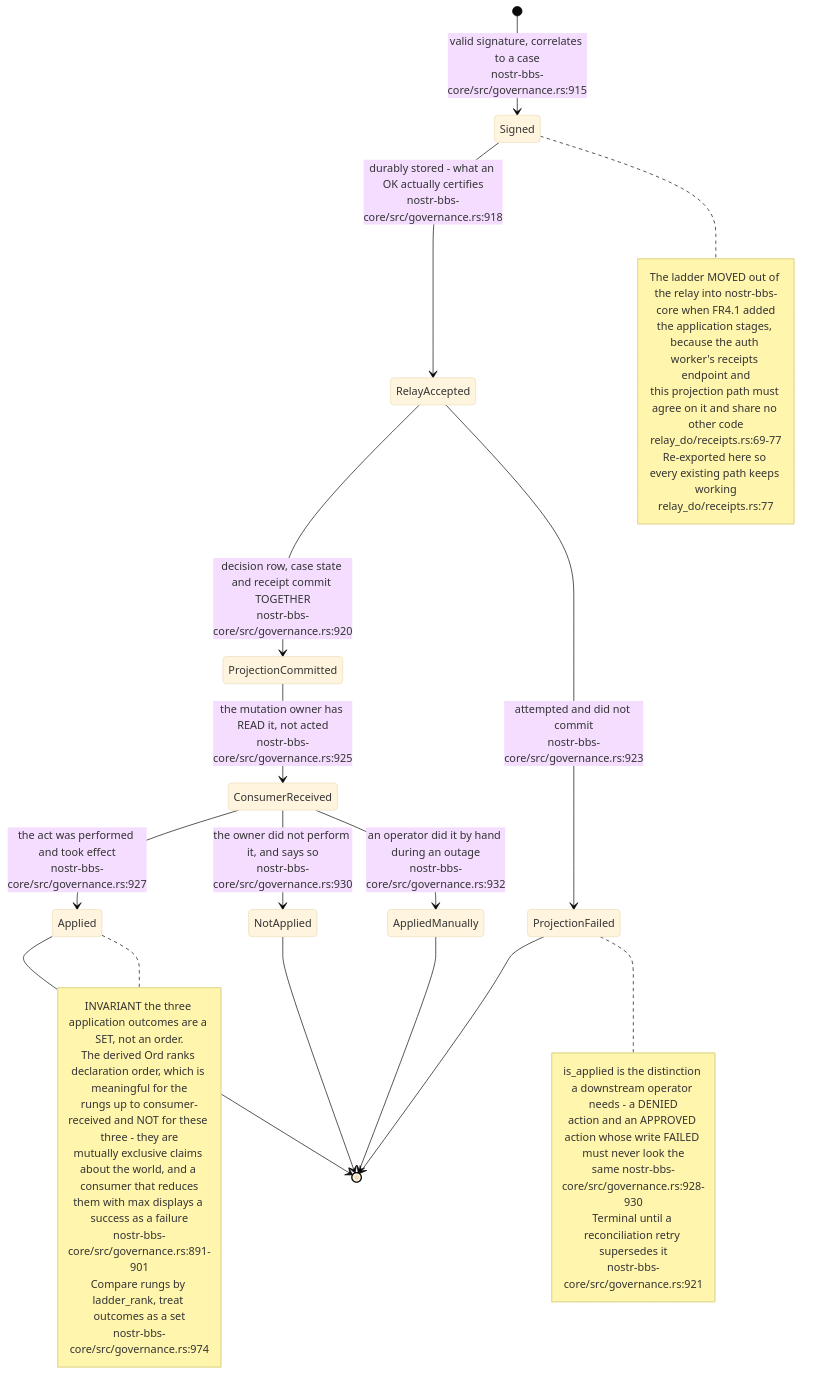
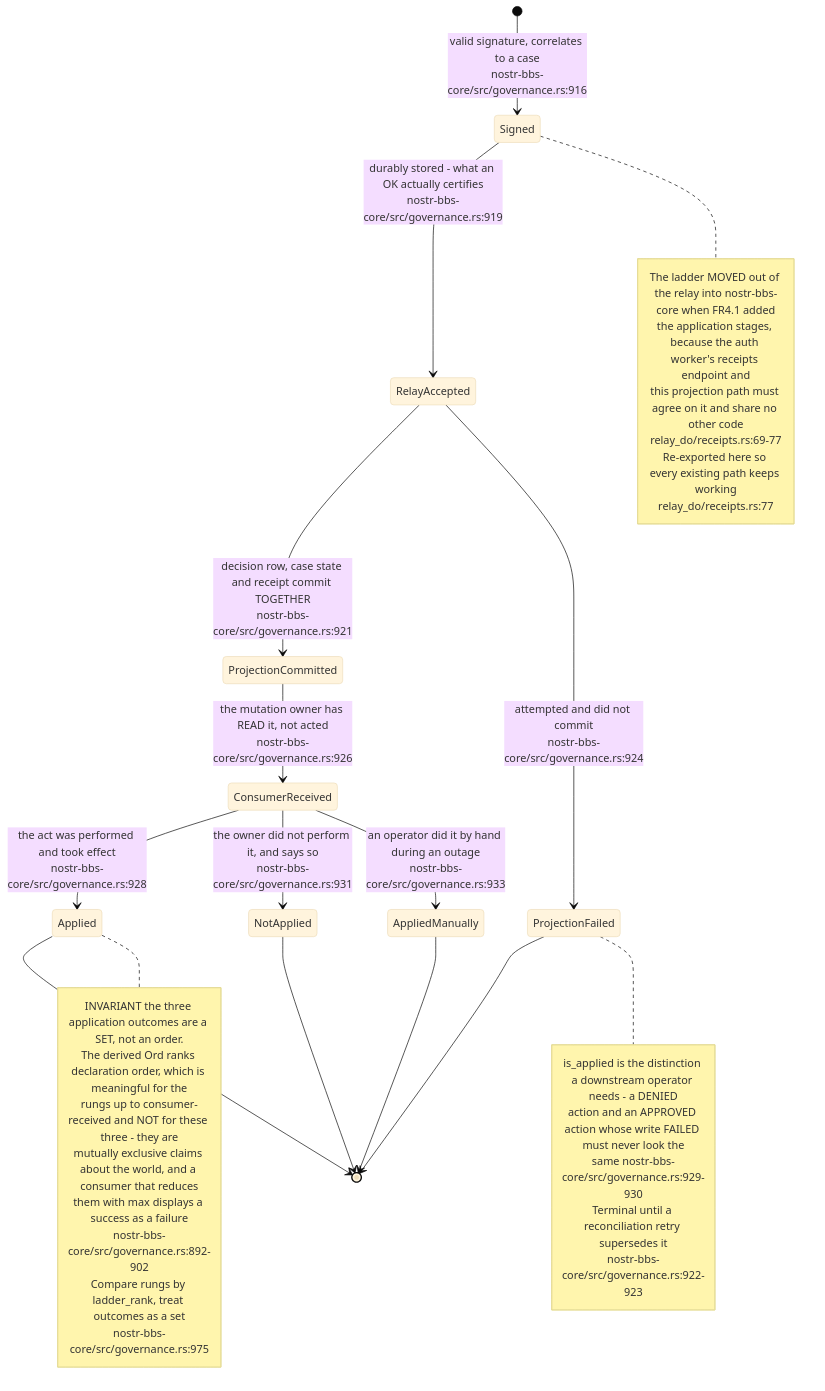
One commit to DreamLab-AI/VisionFlow changed the eighth of 16 diagrams in docs/diagrams/nostr-rust-forum/11-relay-durable-object-internals.md. Above: the diagram before and after it, drawn with Mermaid (base theme). The commit also changed other lines of this file and 136 other files, not shown here.

First line of the commit message:
docs(diagrams): refresh the whole corpus to code HEAD and prune low-value diagrams

````diff
--- a/docs/diagrams/nostr-rust-forum/11-relay-durable-object-internals.md
+++ b/docs/diagrams/nostr-rust-forum/11-relay-durable-object-internals.md
@@ -252,41 +241,41 @@
 ```mermaid
 stateDiagram-v2
-    [*] --> Signed: valid signature, correlates to a case<br/>nostr-bbs-core/src/governance.rs:915
-    Signed --> RelayAccepted: durably stored - what an OK actually certifies<br/>nostr-bbs-core/src/governance.rs:918
-    RelayAccepted --> ProjectionCommitted: decision row, case state and receipt commit TOGETHER<br/>nostr-bbs-core/src/governance.rs:920
-    RelayAccepted --> ProjectionFailed: attempted and did not commit<br/>nostr-bbs-core/src/governance.rs:923
-    ProjectionCommitted --> ConsumerReceived: the mutation owner has READ it, not acted<br/>nostr-bbs-core/src/governance.rs:925
-    ConsumerReceived --> Applied: the act was performed and took effect<br/>nostr-bbs-core/src/governance.rs:927
-    ConsumerReceived --> NotApplied: the owner did not perform it, and says so<br/>nostr-bbs-core/src/governance.rs:930
-    ConsumerReceived --> AppliedManually: an operator did it by hand during an outage<br/>nostr-bbs-core/src/governance.rs:932
+    [*] --> Signed: valid signature, correlates to a case<br/>nostr-bbs-core/src/governance.rs:916
+    Signed --> RelayAccepted: durably stored - what an OK actually certifies<br/>nostr-bbs-core/src/governance.rs:919
+    RelayAccepted --> ProjectionCommitted: decision row, case state and receipt commit TOGETHER<br/>nostr-bbs-core/src/governance.rs:921
+    RelayAccepted --> ProjectionFailed: attempted and did not commit<br/>nostr-bbs-core/src/governance.rs:924
+    ProjectionCommitted --> ConsumerReceived: the mutation owner has READ it, not acted<br/>nostr-bbs-core/src/governance.rs:926
+    ConsumerReceived --> Applied: the act was performed and took effect<br/>nostr-bbs-core/src/governance.rs:928
+    ConsumerReceived --> NotApplied: the owner did not perform it, and says so<br/>nostr-bbs-core/src/governance.rs:931
+    ConsumerReceived --> AppliedManually: an operator did it by hand during an outage<br/>nostr-bbs-core/src/governance.rs:933
     Applied --> [*]
     NotApplied --> [*]
     AppliedManually --> [*]
     ProjectionFailed --> [*]
 
     note right of Signed
         The ladder MOVED out of the relay into nostr-bbs-core when FR4.1 added
         the application stages, because the auth worker's receipts endpoint and
         this projection path must agree on it and share no other code
         relay_do/receipts.rs:69-77
         Re-exported here so every existing path keeps working
         relay_do/receipts.rs:77
     end note
     note right of ProjectionFailed
         is_applied is the distinction a downstream operator needs - a DENIED
         action and an APPROVED action whose write FAILED must never look the
-        same nostr-bbs-core/src/governance.rs:928-930
+        same nostr-bbs-core/src/governance.rs:929-930
         Terminal until a reconciliation retry supersedes it
-        nostr-bbs-core/src/governance.rs:921
+        nostr-bbs-core/src/governance.rs:922-923
     end note
     note right of Applied
         INVARIANT the three application outcomes are a SET, not an order.
         The derived Ord ranks declaration order, which is meaningful for the
         rungs up to consumer-received and NOT for these three - they are
         mutually exclusive claims about the world, and a consumer that reduces
         them with max displays a success as a failure
-        nostr-bbs-core/src/governance.rs:891-901
+        nostr-bbs-core/src/governance.rs:892-902
         Compare rungs by ladder_rank, treat outcomes as a set
-        nostr-bbs-core/src/governance.rs:974
+        nostr-bbs-core/src/governance.rs:975
     end note
 ```
````
